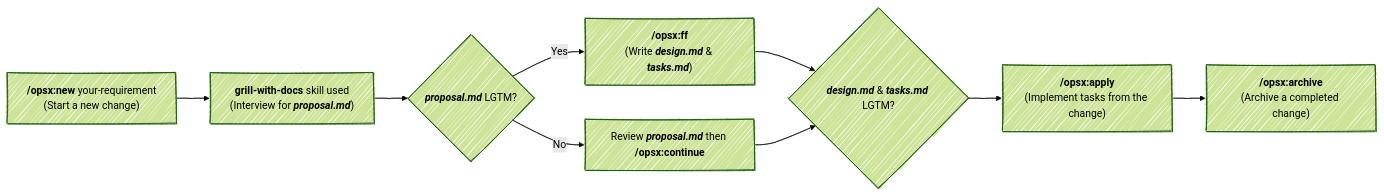
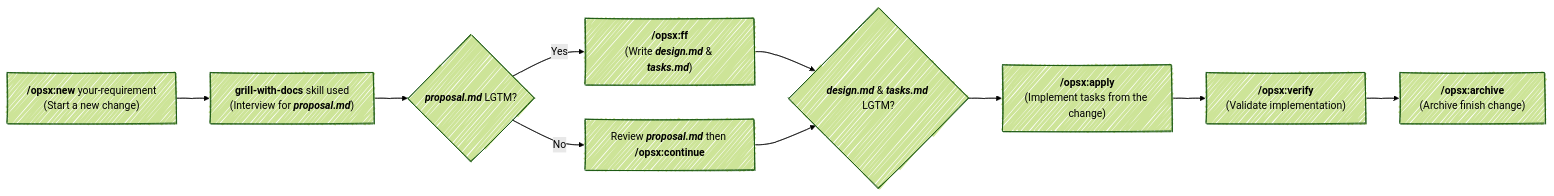
The diagram in README.md (jimzhan/speckit), drawn with Mermaid before and after one commit. The commit also changed other lines of this file, not shown here.

Commit message:
Update README: restructure content, add customization section, update workflow diagram with verify step

````diff
--- a/README.md
+++ b/README.md
@@ -28,25 +27,27 @@
 ```mermaid
 ---
 config:
   look: handDrawn
   theme: forest
 ---
 flowchart LR
     New["<b>/opsx:new</b> your-requirement<br/>(Start a new change)"]
     Grill["<b>grill-with-docs</b> skill used<br/>(Interview for <b><i>proposal.md</i></b>)"]
     Propose{"<b><i>proposal.md</i></b> LGTM?"}
     Review{"<b><i>design.md</i></b> & <b><i>tasks.md</i></b> LGTM?"}
     FF["<b>/opsx:ff</b><br/>(Write <b><i>design.md</i></b> & <b><i>tasks.md</i></b>)"]
     Continue["Review <b><i>proposal.md</i></b> then <b>/opsx:continue</b>"]
     Apply["<b>/opsx:apply</b><br/>(Implement tasks from the change)"]
-    Archive["<b>/opsx:archive</b><br/>(Archive a completed change)"]
+    Verify["<b>/opsx:verify</b><br/>(Validate implementation)"]
+    Archive["<b>/opsx:archive</b><br/>(Archive finish change)"]
 
     New --> Grill
     Grill --> Propose
     Propose --> |Yes| FF
     Propose --> |No| Continue
     FF --> Review
     Continue --> Review
     Review --> Apply
-    Apply --> Archive
+    Apply --> Verify
+    Verify --> Archive
 ```
````
